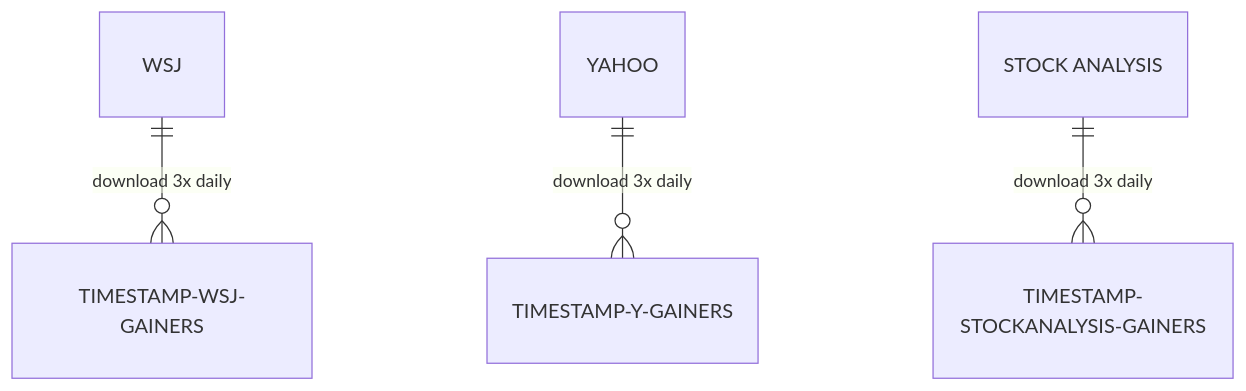
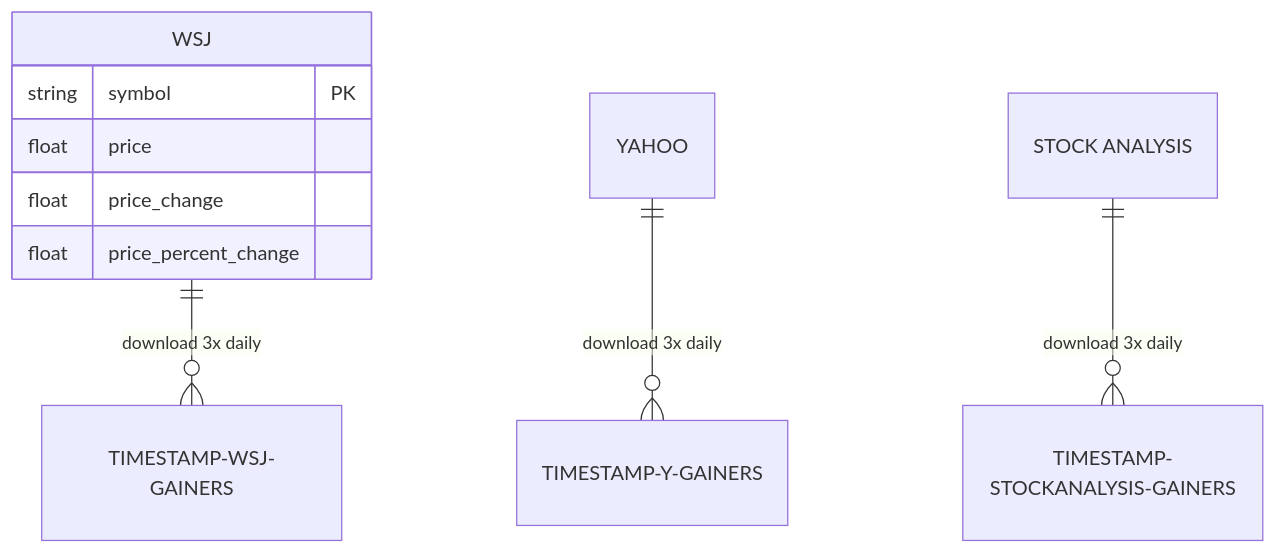
One commit to KazBarker/SP25_DS5111_nrg6cb changed the first of 2 diagrams in ERD/ERD.md. Above: the diagram before and after it, drawn with Mermaid.

Commit message:
testing progress

````diff
--- a/ERD/ERD.md
+++ b/ERD/ERD.md
@@ -2,6 +2,13 @@
 ```mermaid
 erDiagram
     WSJ only one to zero or more TIMESTAMP-WSJ-GAINERS : "download 3x daily"
     YAHOO only one to zero or more TIMESTAMP-Y-GAINERS : "download 3x daily"
     "STOCK ANALYSIS" only one to zero or more TIMESTAMP-STOCKANALYSIS-GAINERS : "download 3x daily"
+    
+    WSJ {
+        string symbol PK
+        float price
+        float price_change
+        float price_percent_change
+    }
 ```
````
